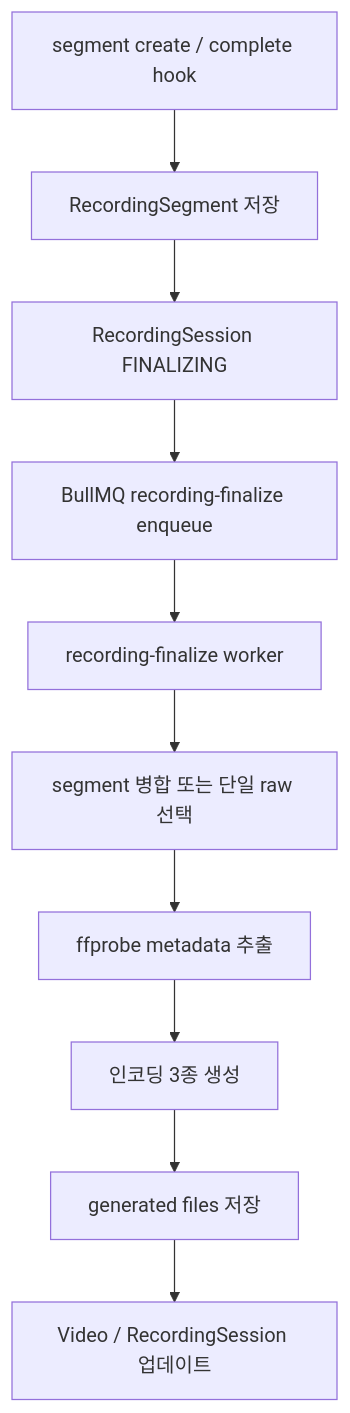
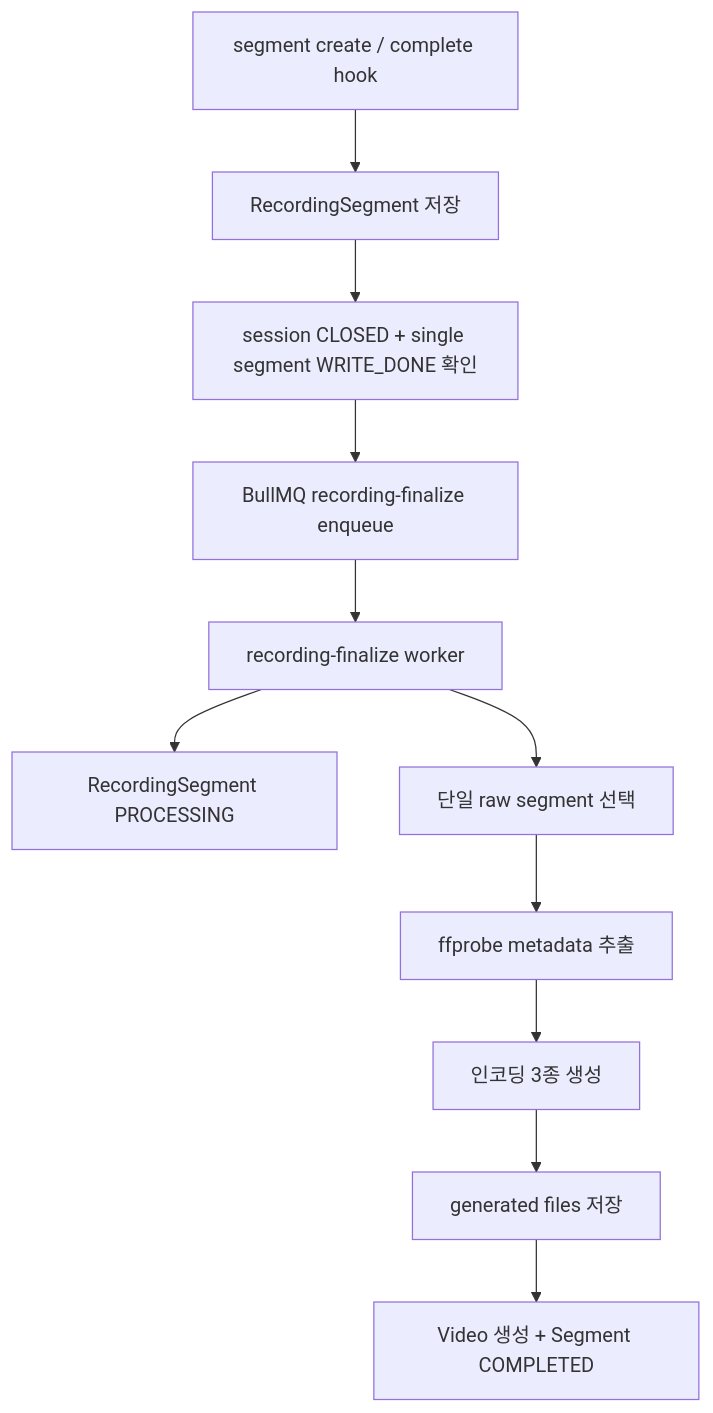
One commit to ego-flow/ego-flow-server changed the first of 2 diagrams in docs/10. project_processing.md. Above: the diagram before and after it, drawn with Mermaid. The commit also changed other lines of this file and 6 other files, not shown here.

````diff
--- a/docs/10. project_processing.md
+++ b/docs/10. project_processing.md
@@ -9,12 +9,13 @@
 ```mermaid
 flowchart TD
     Hook["segment create / complete hook"] --> Segment["RecordingSegment 저장"]
-    Segment --> Finalizing["RecordingSession FINALIZING"]
-    Finalizing --> Queue["BullMQ recording-finalize enqueue"]
+    Segment --> Check["session CLOSED + single segment WRITE_DONE 확인"]
+    Check --> Queue["BullMQ recording-finalize enqueue"]
     Queue --> Worker["recording-finalize worker"]
-    Worker --> Merge["segment 병합 또는 단일 raw 선택"]
+    Worker --> Claim["RecordingSegment PROCESSING"]
+    Worker --> Merge["단일 raw segment 선택"]
     Merge --> Metadata["ffprobe metadata 추출"]
     Metadata --> Encode["인코딩 3종 생성"]
     Encode --> Files["generated files 저장"]
-    Files --> DB["Video / RecordingSession 업데이트"]
+    Files --> DB["Video 생성 + Segment COMPLETED"]
 ```
````
